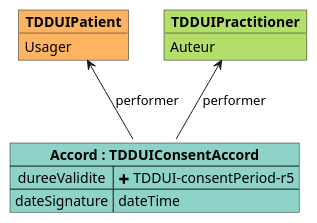
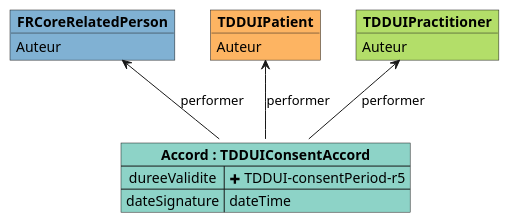
Before and after one commit to ansforge/IG-fhir-medicosocial-transfert-donnees-dui: the diagram in input/images-source/mapping_TDDUIConsentAccord.plantuml, drawn with PlantUML. The commit also changed 5 other files, not shown here.

```diff
--- a/input/images-source/mapping_TDDUIConsentAccord.plantuml
+++ b/input/images-source/mapping_TDDUIConsentAccord.plantuml
@@ -1,19 +1,24 @@
 @startuml
 
 object "**TDDUIPractitioner**" as TDDUIPractitioner #b3de69 {
     Auteur
 }
 
 object "**TDDUIPatient**" as TDDUIPatient_subject #fdb462 {
-    Usager
+    Auteur
+}
+
+object "**FRCoreRelatedPerson**" as FRCoreRelatedPerson #80b1d3 {
+    Auteur
 }
 
 map "**Accord : TDDUIConsentAccord**" as Accord #8dd3c7 {
     dureeValidite => <&plus> TDDUI-consentPeriod-r5
     dateSignature => dateTime
 }
 
 Accord -u-> TDDUIPractitioner : performer
 Accord -u-> TDDUIPatient_subject : performer
+Accord -u-> FRCoreRelatedPerson : performer
 
 @enduml
```
